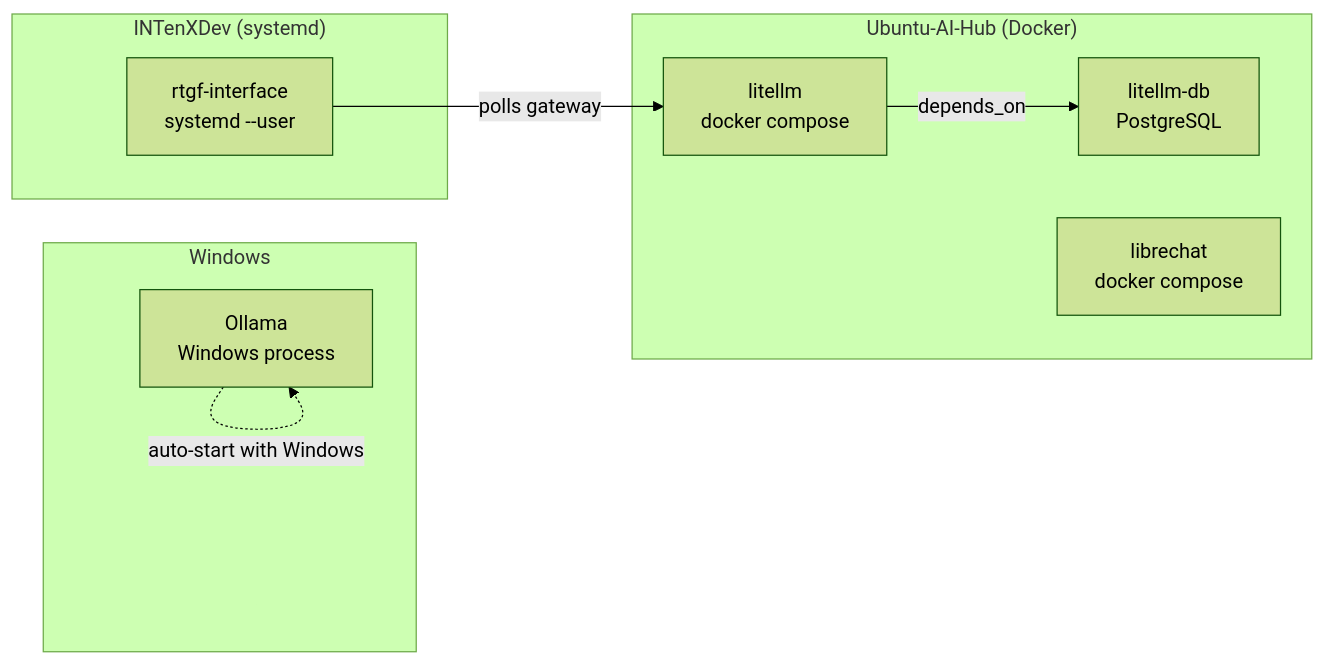
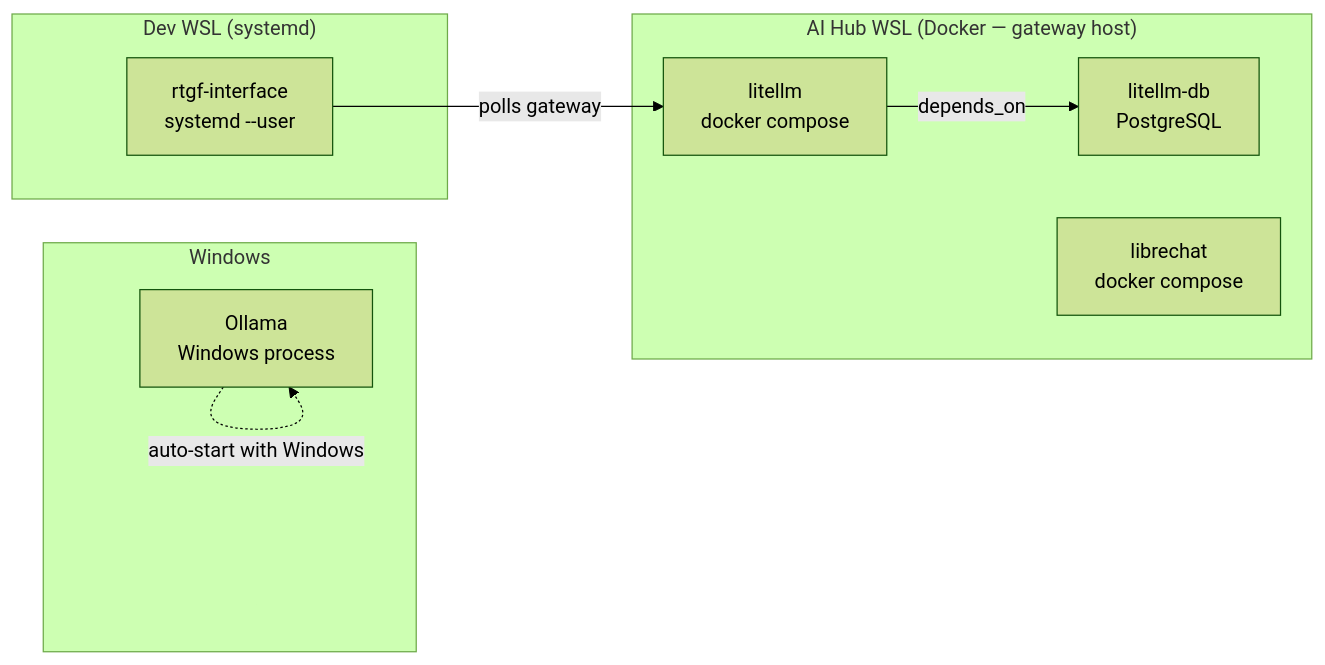
Before and after one commit to INTenX/rtgf-sage: the diagram in docs/operations/services.md, drawn with Mermaid (forest theme). The commit also changed other lines of this file and 8 other files, not shown here.

````diff
--- a/docs/operations/services.md
+++ b/docs/operations/services.md
@@ -5,20 +5,20 @@
 ```mermaid
 graph LR
     subgraph Windows
         OL["Ollama\nWindows process"]
     end
 
-    subgraph HUB["Ubuntu-AI-Hub (Docker)"]
+    subgraph HUB["AI Hub WSL (Docker — gateway host)"]
         GW["litellm\ndocker compose"]
         PG["litellm-db\nPostgreSQL"]
         LC["librechat\ndocker compose"]
     end
 
-    subgraph CW["INTenXDev (systemd)"]
+    subgraph CW["Dev WSL (systemd)"]
         BOT["rtgf-interface\nsystemd --user"]
     end
 
     OL -.->|"auto-start with Windows"| OL
     GW -->|"depends_on"| PG
     BOT -->|"polls gateway"| GW
 ```
````
